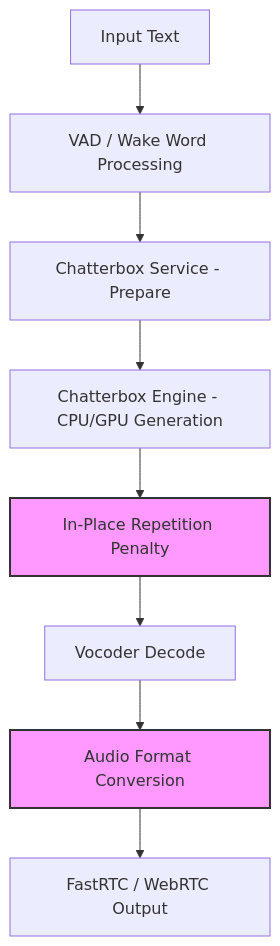
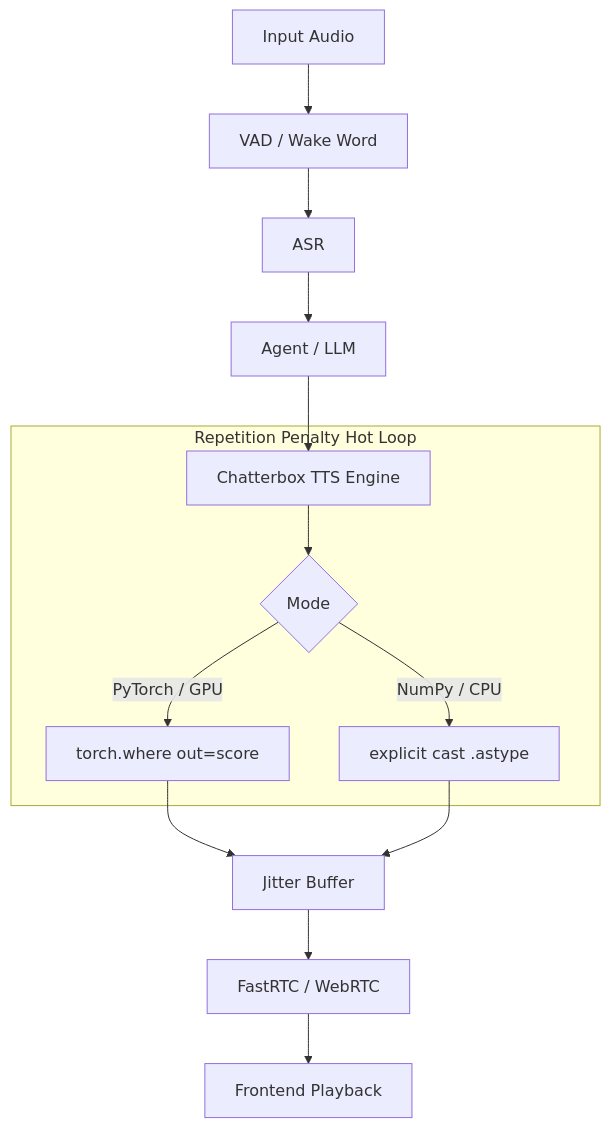
One commit to carlosfundora/GFX-ATOM changed the diagram in .agents/reports/auralis-audio-optimization.md. Above: the diagram before and after it, drawn with Mermaid. The commit also changed other lines of this file and 1 other file, not shown here.

First line of the commit message:
perf(audio): optimize repetition penalty tensor hot loops

````diff
--- a/.agents/reports/auralis-audio-optimization.md
+++ b/.agents/reports/auralis-audio-optimization.md
@@ -43,13 +74,18 @@
 ```mermaid
 flowchart TD
-    A[Input Text] --> B[VAD / Wake Word Processing]
-    B --> C[Chatterbox Service - Prepare]
-    C --> D[Chatterbox Engine - CPU/GPU Generation]
-    D --> E[In-Place Repetition Penalty]
-    E --> F[Vocoder Decode]
-    F --> G[Audio Format Conversion]
-    G --> H[FastRTC / WebRTC Output]
+    A[Input Audio] --> B[VAD / Wake Word]
+    B --> C[ASR]
+    C --> D[Agent / LLM]
+    D --> E[Chatterbox TTS Engine]
 
-    style E fill:#f9f,stroke:#333,stroke-width:2px
-    style G fill:#f9f,stroke:#333,stroke-width:2px
+    subgraph Repetition Penalty Hot Loop
+        E --> F{Mode}
+        F -->|PyTorch / GPU| G[torch.where out=score]
+        F -->|NumPy / CPU| H[explicit cast .astype]
+    end
+
+    G --> I[Jitter Buffer]
+    H --> I
+    I --> J[FastRTC / WebRTC]
+    J --> K[Frontend Playback]
 ```
````
